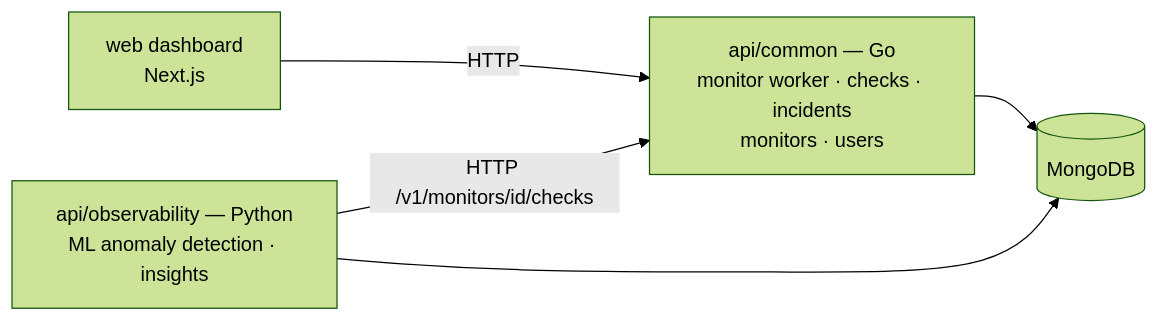
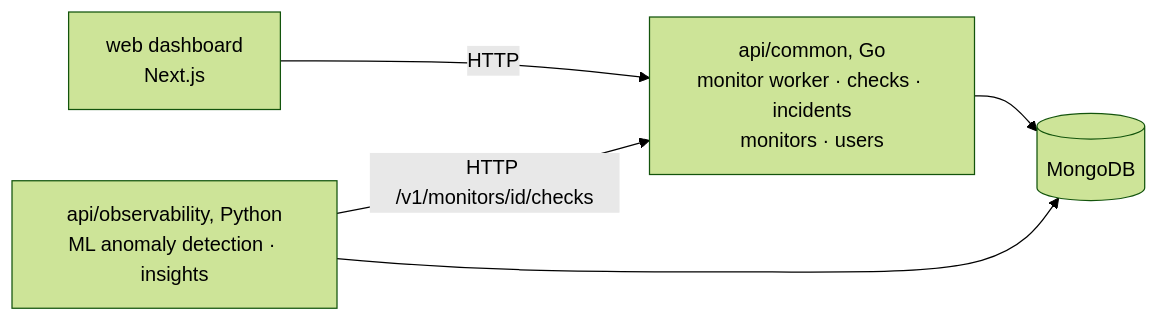
Before and after one commit to cuesoftinc/upstat: the diagram in README.md, drawn with Mermaid (forest theme). The commit also changed other lines of this file and 17 other files, not shown here.

````diff
--- a/README.md
+++ b/README.md
@@ -26,7 +26,7 @@
 ```mermaid
 flowchart LR
-    WEB[web dashboard<br/>Next.js] -->|HTTP| AC[api/common — Go<br/>monitor worker · checks · incidents<br/>monitors · users]
-    OBS[api/observability — Python<br/>ML anomaly detection · insights] -->|HTTP /v1/monitors/id/checks| AC
+    WEB[web dashboard<br/>Next.js] -->|HTTP| AC[api/common, Go<br/>monitor worker · checks · incidents<br/>monitors · users]
+    OBS[api/observability, Python<br/>ML anomaly detection · insights] -->|HTTP /v1/monitors/id/checks| AC
     AC --> MG[(MongoDB)]
     OBS --> MG
 ```
````
